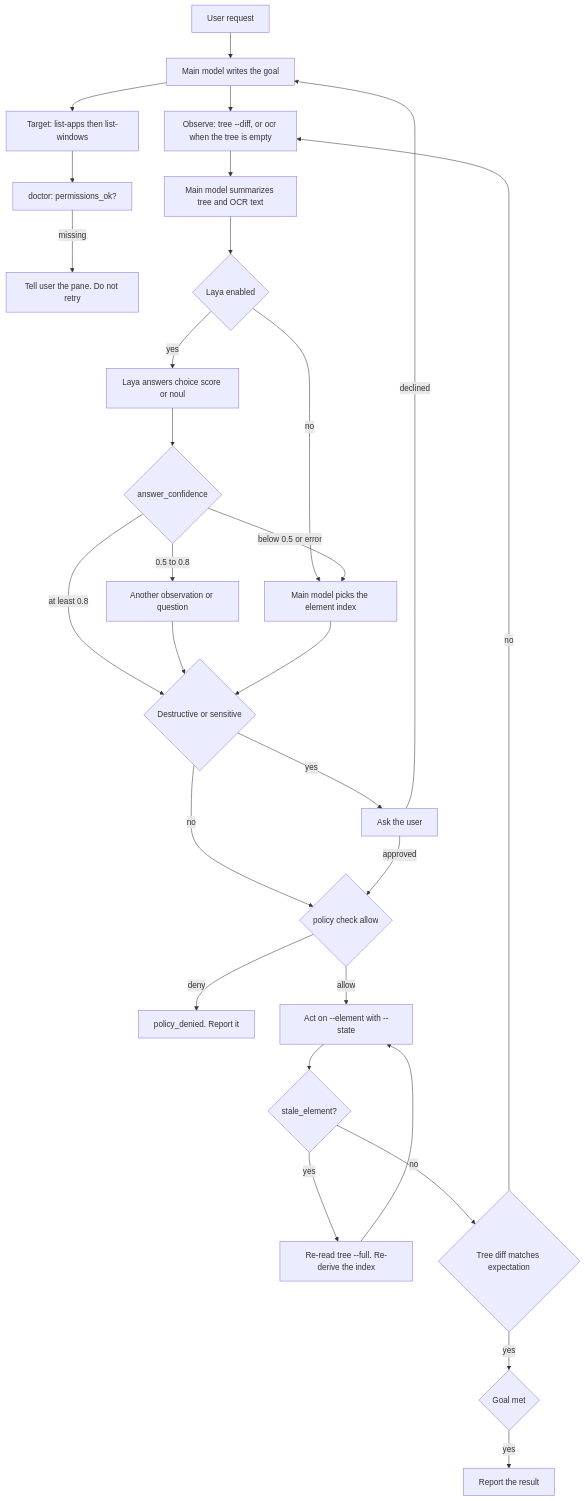
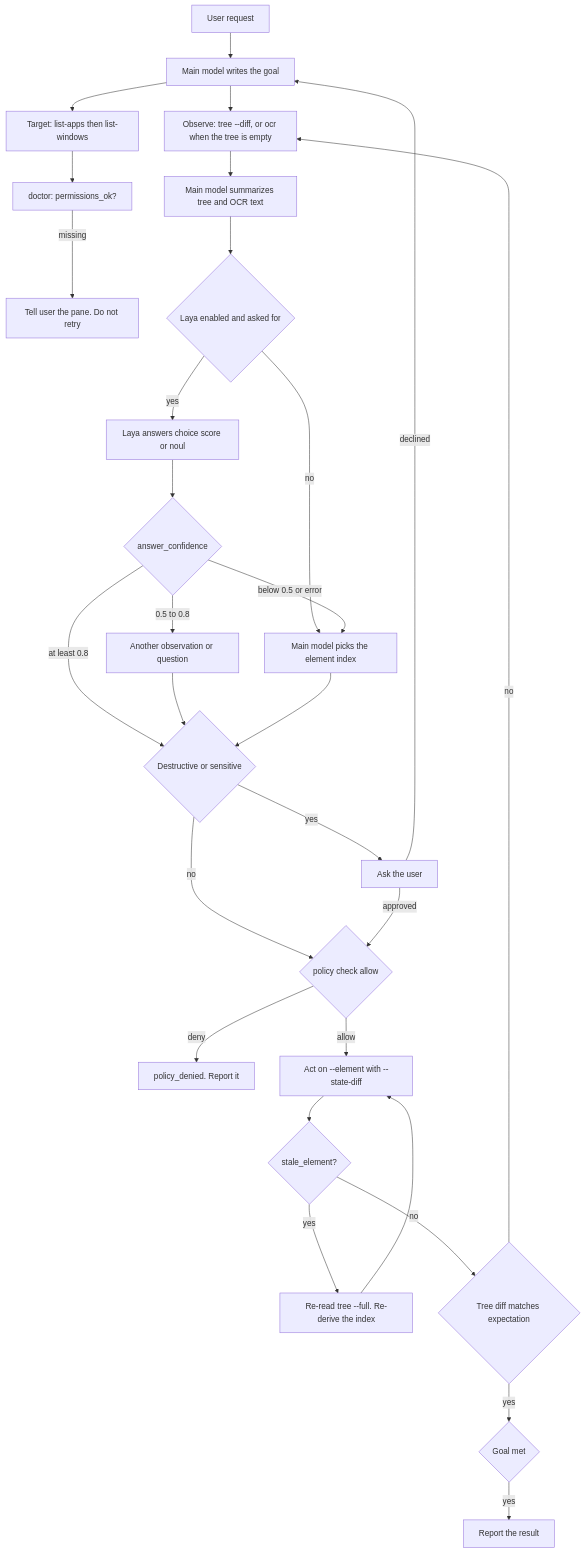
One commit to lindoelio/smart-computer-use changed the diagram in skills/smart-computer-use/references/architecture.md. Above: the diagram before and after it, drawn with Mermaid. The commit also changed other lines of this file and 18 other files, not shown here.

````diff
--- a/skills/smart-computer-use/references/architecture.md
+++ b/skills/smart-computer-use/references/architecture.md
@@ -5,31 +5,31 @@
 ```mermaid
 flowchart TD
   userReq[User request] --> planner[Main model writes the goal]
   planner --> target[Target: list-apps then list-windows]
   target --> doctor0[doctor: permissions_ok?]
   doctor0 -->|missing| stop0[Tell user the pane. Do not retry]
   planner --> observe[Observe: tree --diff, or ocr when the tree is empty]
   observe --> summary[Main model summarizes tree and OCR text]
-  summary --> gate{Laya enabled}
+  summary --> gate{Laya enabled and asked for}
   gate -->|no| mainPick[Main model picks the element index]
   gate -->|yes| layaAsk[Laya answers choice score or noul]
   layaAsk --> band{answer_confidence}
   band -->|at least 0.8| safety{Destructive or sensitive}
   band -->|0.5 to 0.8| secondLook[Another observation or question]
   band -->|below 0.5 or error| mainPick
   secondLook --> safety
   mainPick --> safety
   safety -->|yes| askUser[Ask the user]
   safety -->|no| policy{policy check allow}
   askUser -->|approved| policy
   askUser -->|declined| planner
   policy -->|deny| blocked[policy_denied. Report it]
-  policy -->|allow| act[Act on --element with --state]
+  policy -->|allow| act[Act on --element with --state-diff]
   act --> stale{stale_element?}
   stale -->|yes| reread[Re-read tree --full. Re-derive the index]
   reread --> act
   stale -->|no| verify{Tree diff matches expectation}
   verify -->|yes| goal{Goal met}
   verify -->|no| observe
   goal -->|yes| report[Report the result]
 ```
````
